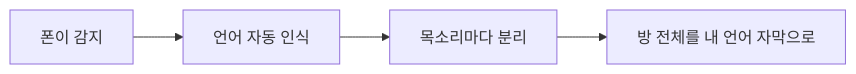
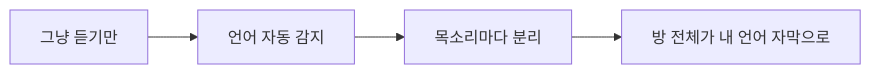
The first of 4 diagrams in README_ko.md (rpalm01-star/VigilantEarLegal), drawn with Mermaid before and after one commit. The commit also changed other lines of this file and 29 other files, not shown here.

````diff
--- a/README_ko.md
+++ b/README_ko.md
@@ -62,4 +65,4 @@
 ```mermaid
 graph LR
-    A["폰이 감지"] --> B["언어 자동 인식"] --> C["목소리마다 분리"] --> D["방 전체를 내 언어 자막으로"]
+    A["그냥 듣기만"] --> B["언어 자동 감지"] --> C["목소리마다 분리"] --> D["방 전체가 내 언어 자막으로"]
 ```
````
